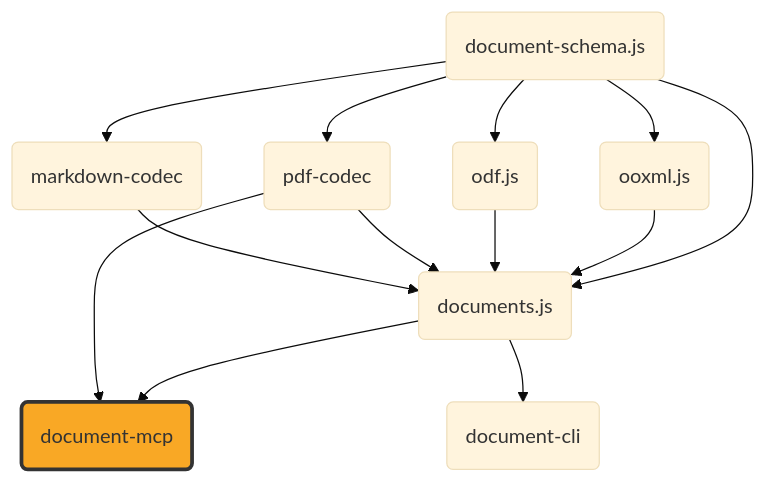
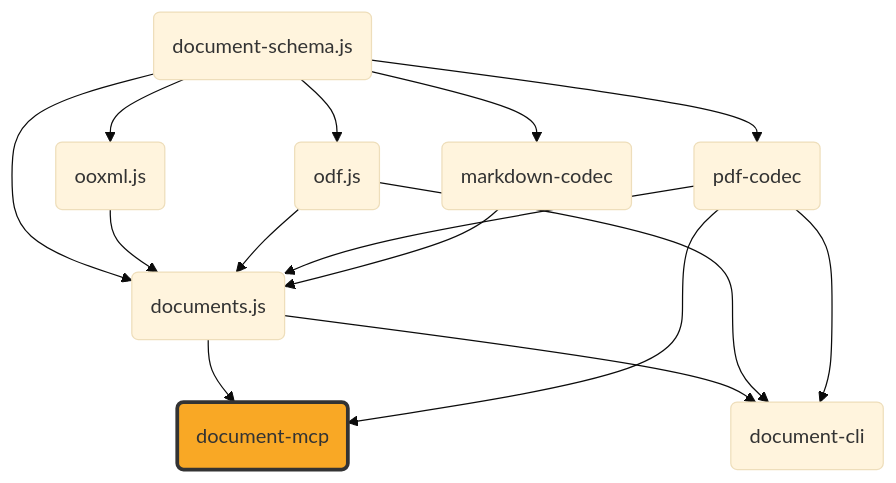
One commit to ExaDev/documents.js changed the diagram in packages/document-mcp/README.md. Above: the diagram before and after it, drawn with Mermaid (base theme).

Commit message:
docs: add odf.js and pdf-codec edges into document-cli in family diagram

````diff
--- a/packages/document-mcp/README.md
+++ b/packages/document-mcp/README.md
@@ -9,35 +9,37 @@
 ```mermaid
 graph TD
     schema("document-schema.js")
     ooxml("ooxml.js")
     odf("odf.js")
     pdfcodec("pdf-codec")
     mdcodec("markdown-codec")
     documents("documents.js")
     mcp("document-mcp")
     cli("document-cli")
 
     schema --> ooxml
     schema --> odf
     schema --> pdfcodec
     schema --> mdcodec
     schema --> documents
     ooxml --> documents
     odf --> documents
     pdfcodec --> documents
     mdcodec --> documents
     documents --> mcp
     pdfcodec --> mcp
     documents --> cli
+    odf --> cli
+    pdfcodec --> cli
 
     click schema "https://github.com/ExaDev/document-schema.js" "document-schema.js"
     click ooxml "https://github.com/ExaDev/ooxml.js" "ooxml.js"
     click odf "https://github.com/ExaDev/odf.js" "odf.js"
     click pdfcodec "https://github.com/ExaDev/pdf-codec" "pdf-codec"
     click mdcodec "https://github.com/ExaDev/markdown-codec" "markdown-codec"
     click documents "https://github.com/ExaDev/documents.js" "documents.js"
     click mcp "https://github.com/ExaDev/document-mcp" "document-mcp"
     click cli "https://github.com/ExaDev/document-cli" "document-cli"
 
     style mcp fill:#f9a825,stroke:#333,stroke-width:3px
 ```
````
